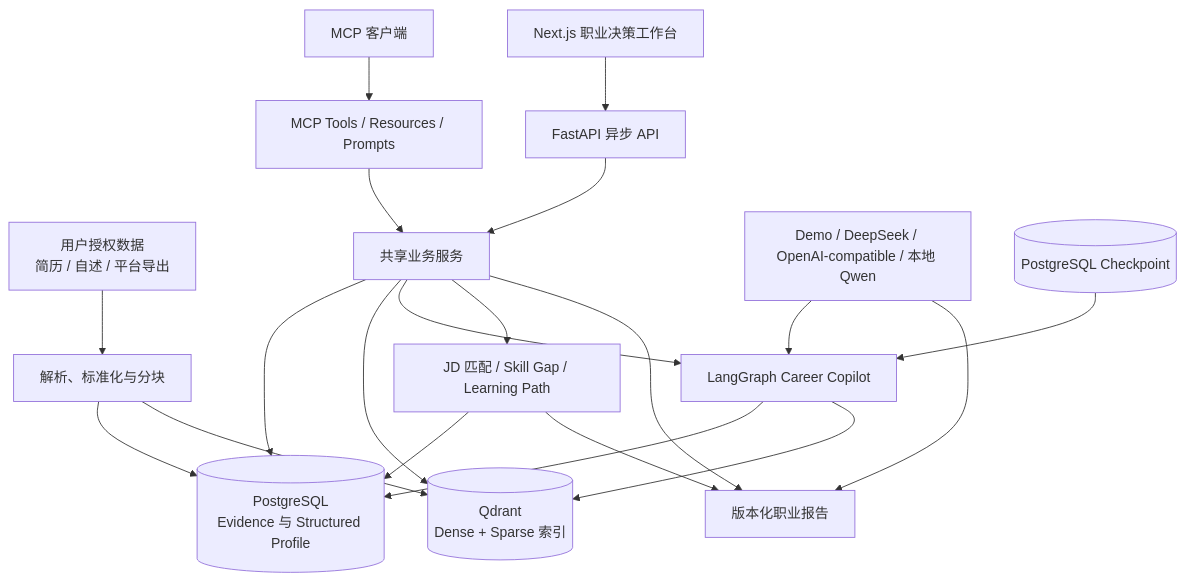
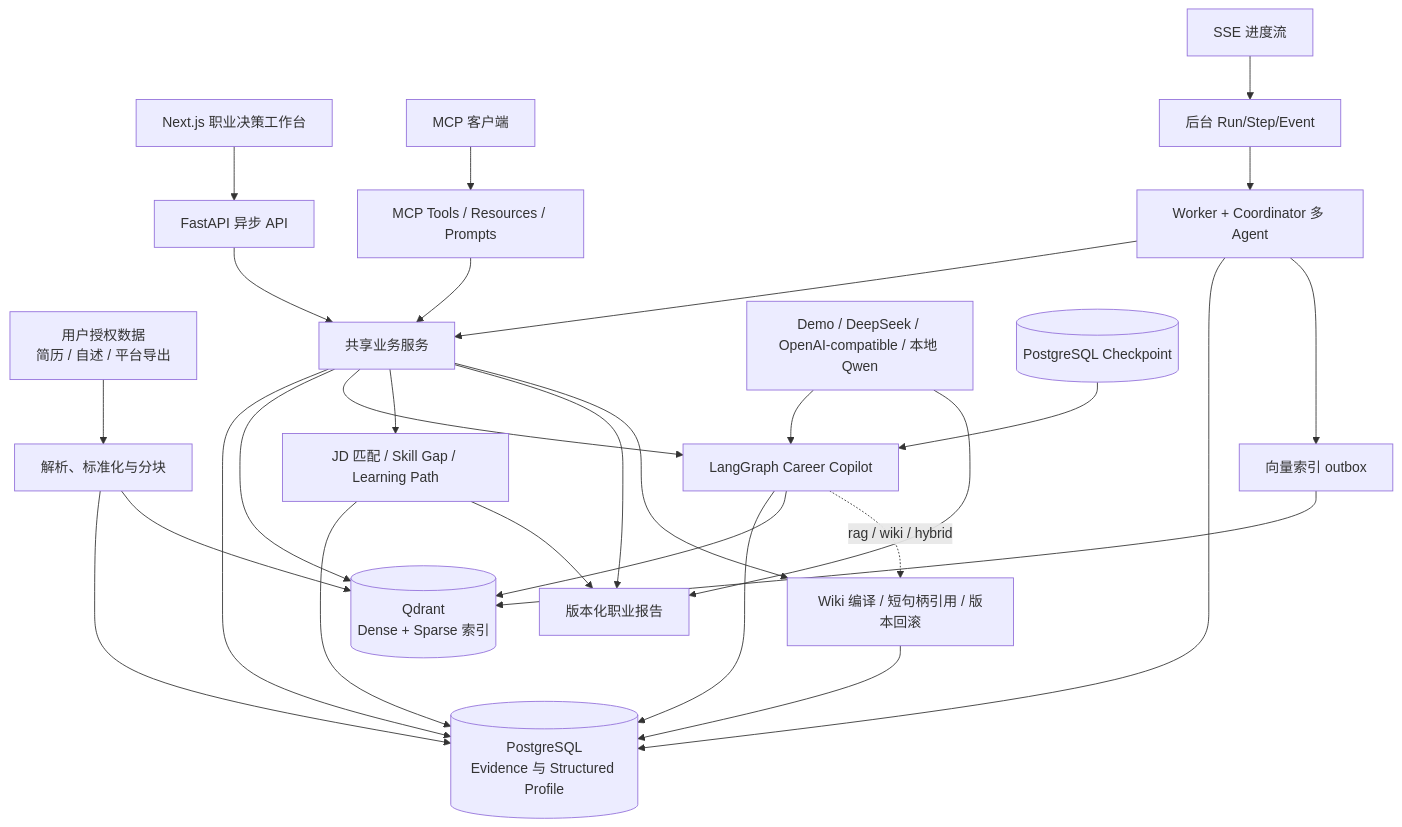
The diagram in README.md (wenmo-yu/careerlens), drawn with Mermaid before and after one commit. The commit also changed other lines of this file and 9 other files, not shown here.

````diff
--- a/README.md
+++ b/README.md
@@ -64,22 +67,31 @@
 ```mermaid
 flowchart TD
     U[用户授权数据<br/>简历 / 自述 / 平台导出] --> I[解析、标准化与分块]
     I --> E[(PostgreSQL<br/>Evidence 与 Structured Profile)]
     I --> Q[(Qdrant<br/>Dense + Sparse 索引)]
     W[Next.js 职业决策工作台] --> A[FastAPI 异步 API]
     C[MCP 客户端] --> M[MCP Tools / Resources / Prompts]
     M --> S[共享业务服务]
     A --> S
     S --> E
     S --> Q
     S --> G[LangGraph Career Copilot]
     S --> J[JD 匹配 / Skill Gap / Learning Path]
     S --> R[版本化职业报告]
+    S --> K[Wiki 编译 / 短句柄引用 / 版本回滚]
+    K --> E
     G --> E
     G --> Q
+    G -.rag / wiki / hybrid.-> K
     J --> E
     J --> R
     L[Demo / DeepSeek / OpenAI-compatible / 本地 Qwen] --> G
     L --> R
     P[(PostgreSQL Checkpoint)] --> G
+    B[后台 Run/Step/Event] --> WK[Worker + Coordinator 多 Agent]
+    WK --> S
+    WK --> E
+    WK --> OX[向量索引 outbox]
+    OX --> Q
+    SSE[SSE 进度流] --> B
 ```
````
